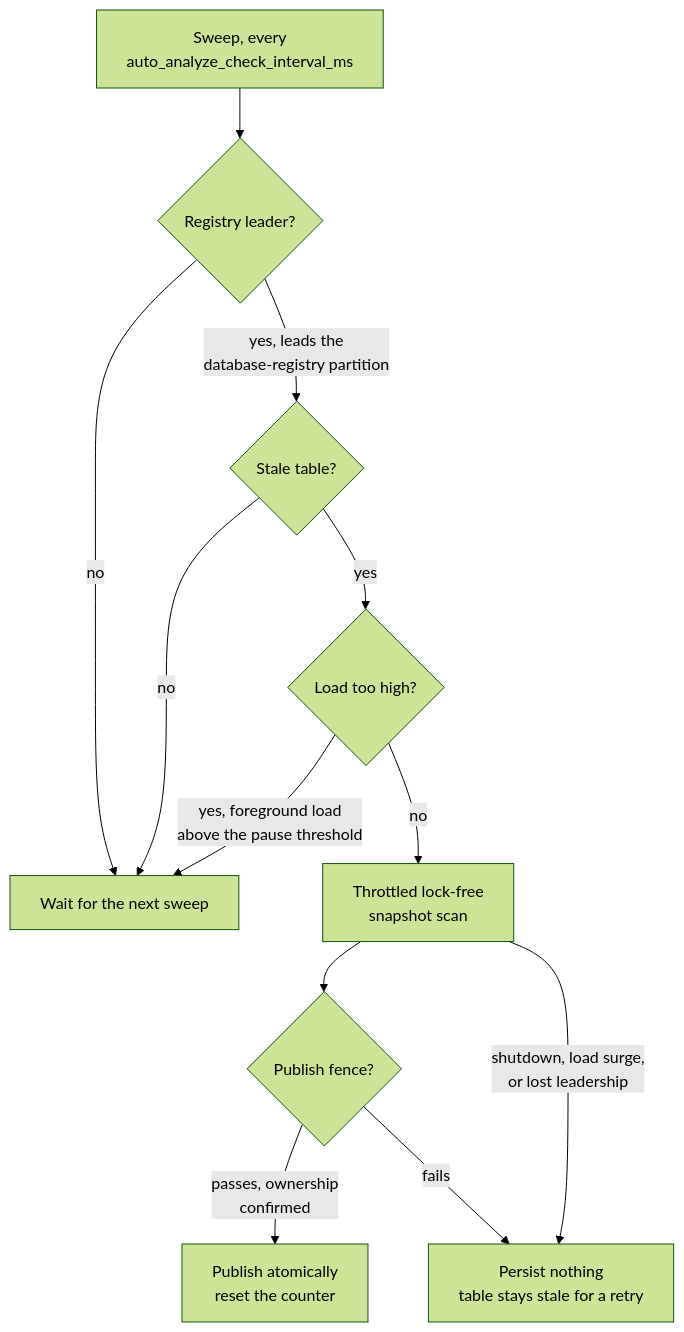
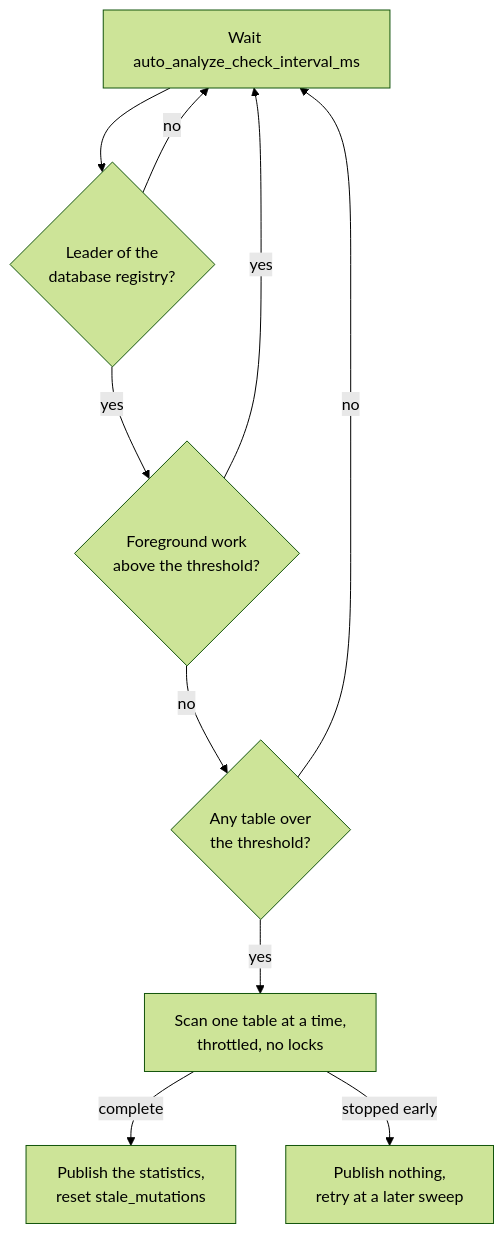
Before and after one commit to camusdb/camusdb.github.io: the diagram in docs/automatic-analyze.md, drawn with Mermaid (forest theme). The commit also changed other lines of this file and 216 other files, not shown here.

````diff
--- a/docs/automatic-analyze.md
+++ b/docs/automatic-analyze.md
@@ -190,14 +73,12 @@
 ```mermaid
 flowchart TD
-    T["Sweep, every<br/>auto_analyze_check_interval_ms"] --> L{Registry leader?}
-    L -->|no| W[Wait for the next sweep]
-    L -->|"yes, leads the<br/>database-registry partition"| S{Stale table?}
-    S -->|no| W
-    S -->|yes| B{Load too high?}
-    B -->|"yes, foreground load<br/>above the pause threshold"| W
-    B -->|no| R["Throttled lock-free<br/>snapshot scan"]
-    R --> F{Publish fence?}
-    F -->|"passes, ownership<br/>confirmed"| P["Publish atomically<br/>reset the counter"]
-    F -->|fails| A["Persist nothing<br/>table stays stale for a retry"]
-    R -->|"shutdown, load surge,<br/>or lost leadership"| A
+    T["Wait auto_analyze_check_interval_ms"] --> L{"Leader of the<br/>database registry?"}
+    L -->|no| T
+    L -->|yes| B{"Foreground work<br/>above the threshold?"}
+    B -->|yes| T
+    B -->|no| S{"Any table over<br/>the threshold?"}
+    S -->|no| T
+    S -->|yes| R["Scan one table at a time,<br/>throttled, no locks"]
+    R -->|complete| P["Publish the statistics,<br/>reset stale_mutations"]
+    R -->|stopped early| A["Publish nothing,<br/>retry at a later sweep"]
 ```
````
